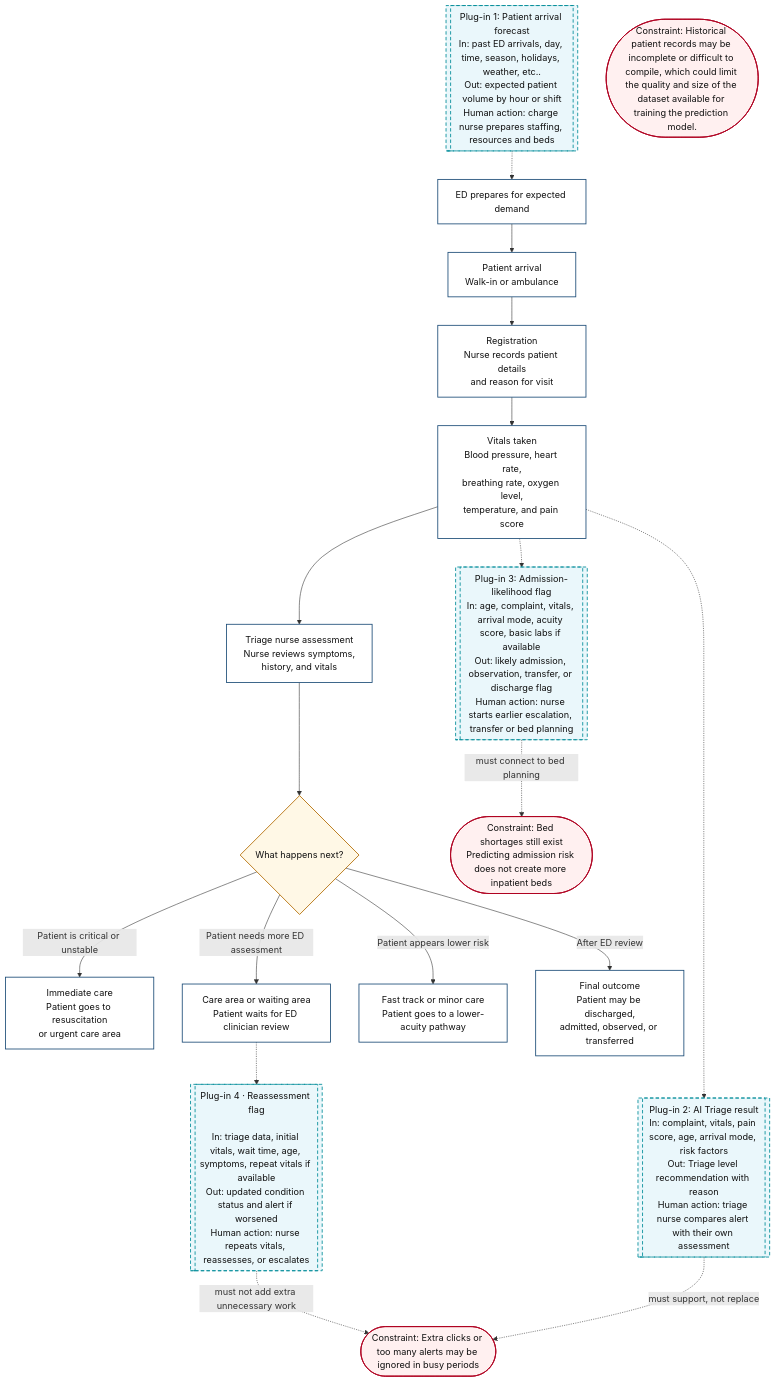
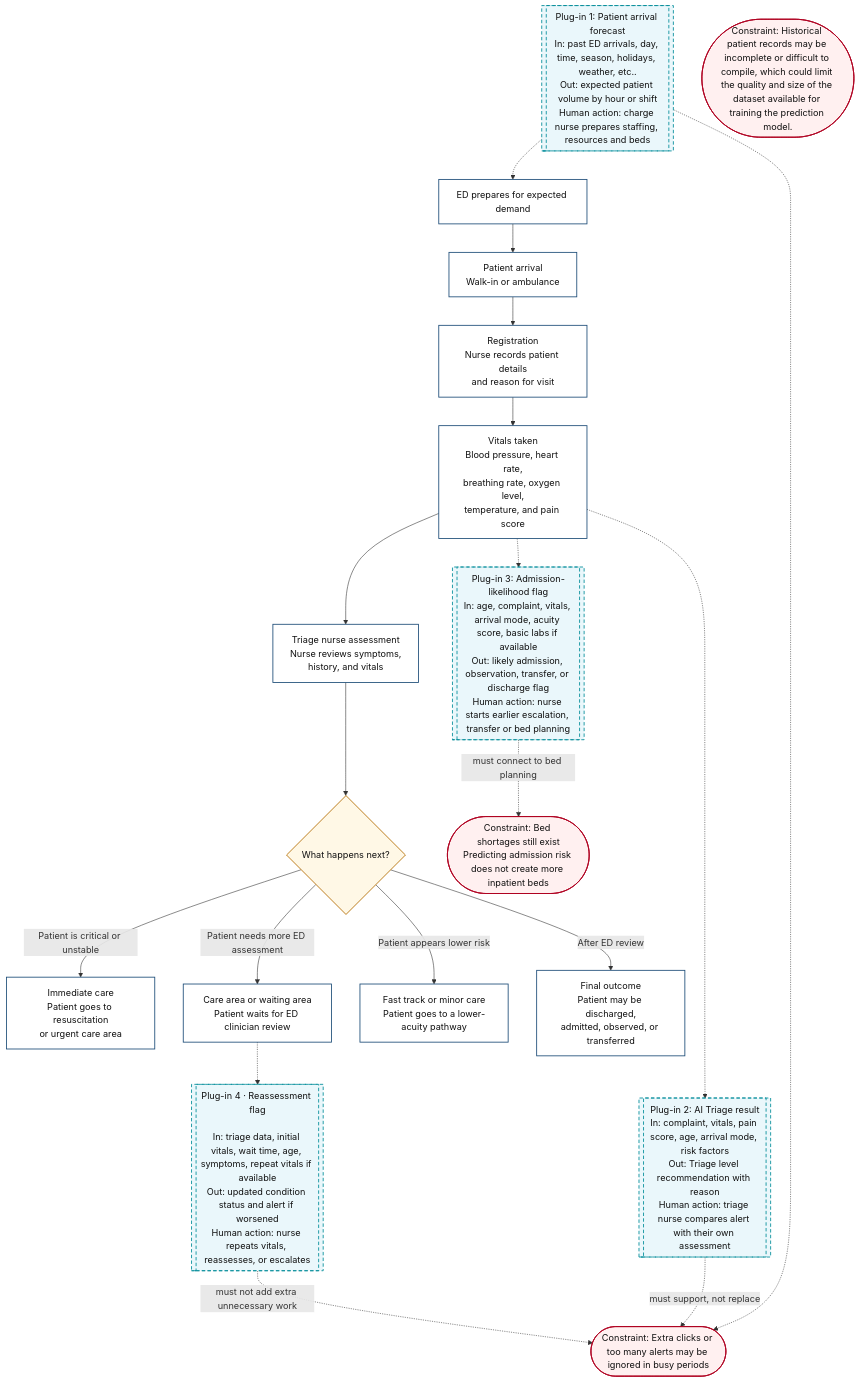
One commit to tinadams/carisurg-portfolio changed the diagram in docs/week_3_workflow.md. Above: the diagram before and after it, drawn with Mermaid.

Commit message:
Update constraints and AI requirements in workflow

````diff
--- a/docs/week_3_workflow.md
+++ b/docs/week_3_workflow.md
@@ -1,55 +1,56 @@
 ```mermaid
 flowchart TD
 
 A[Patient arrival<br/>Walk-in or ambulance] --> B[Registration<br/>Nurse records patient details<br/>and reason for visit]
 
 B --> C[Vitals taken<br/>Blood pressure, heart rate,<br/>breathing rate, oxygen level,<br/>temperature, and pain score]
 
 C --> D[Triage nurse assessment<br/>Nurse reviews symptoms,<br/>history, and vitals]
 
 D --> E{What happens next?}
 
 E -->|Patient is critical or unstable| F[Immediate care<br/>Patient goes to resuscitation<br/>or urgent care area]
 
 E -->|Patient needs more ED assessment| G[Care area or waiting area<br/>Patient waits for ED clinician review]
 
 E -->|Patient appears lower risk| H[Fast track or minor care<br/>Patient goes to a lower-acuity pathway]
 
 E -->|After ED review| I[Final outcome<br/>Patient may be discharged,<br/>admitted, observed, or transferred]
 
 AI1[[Plug-in 1: Patient arrival forecast<br/>In: past ED arrivals, day, time, season, holidays, weather, etc..<br/>Out: expected patient volume by hour or shift<br/>Human action: charge nurse prepares staffing, resources and beds]]
 
 AI2[[Plug-in 2: AI Triage result<br/>In: complaint, vitals, pain score, age, arrival mode, risk factors<br/>Out: Triage level recommendation with reason<br/>Human action: triage nurse compares alert with their own assessment]]
 
 AI3[[Plug-in 3: Admission-likelihood flag<br/>In: age, complaint, vitals, arrival mode, acuity score, basic labs if available<br/>Out: likely admission, observation, transfer, or discharge flag<br/>Human action: nurse starts earlier escalation, transfer or bed planning]]
 
 AI4[[Plug-in 4 · Reassessment flag<br/><br/>In: triage data, initial vitals, wait time, age, symptoms, repeat vitals if available<br/>Out: updated condition status and alert if worsened<br/>Human action: nurse repeats vitals, reassesses, or escalates]]
 
 PRE[ED prepares for expected demand]
 
 AI1 -.-> PRE
 PRE --> A
 C -.-> AI3
 C -.-> AI2
 G -.-> AI4
 
 C1([Constraint: Historical patient records may be incomplete or difficult to compile, which could limit the quality and size of the dataset available for training the prediction model.])
 
 C2([Constraint: Extra clicks or too many alerts may be ignored in busy periods])
 
 C3([Constraint: Bed shortages still exist<br/>Predicting admission risk does not create more inpatient beds])
 
+AI1 -.-> C2
 AI2 -. must support, not replace .-> C2
 AI3 -. must connect to bed planning .-> C3
 AI4 -. must not add extra unnecessary work.-> C2
 
 classDef process fill:#ffffff,stroke:#1f4e79,stroke-width:1.5px,color:#111;
 classDef decision fill:#fff8e6,stroke:#b36b00,stroke-width:1.5px,color:#111;
 classDef ai fill:#eaf7fb,stroke:#008c99,stroke-width:1.5px,stroke-dasharray: 6 4,color:#111;
 classDef constraint fill:#fff0f0,stroke:#b00020,stroke-width:1.5px,color:#111;
 
 class A,B,C,D,F,G,H,I,PRE process;
 class E decision;
 class AI1,AI2,AI3,AI4 ai;
 class C1,C2,C3 constraint;
 ```
````
